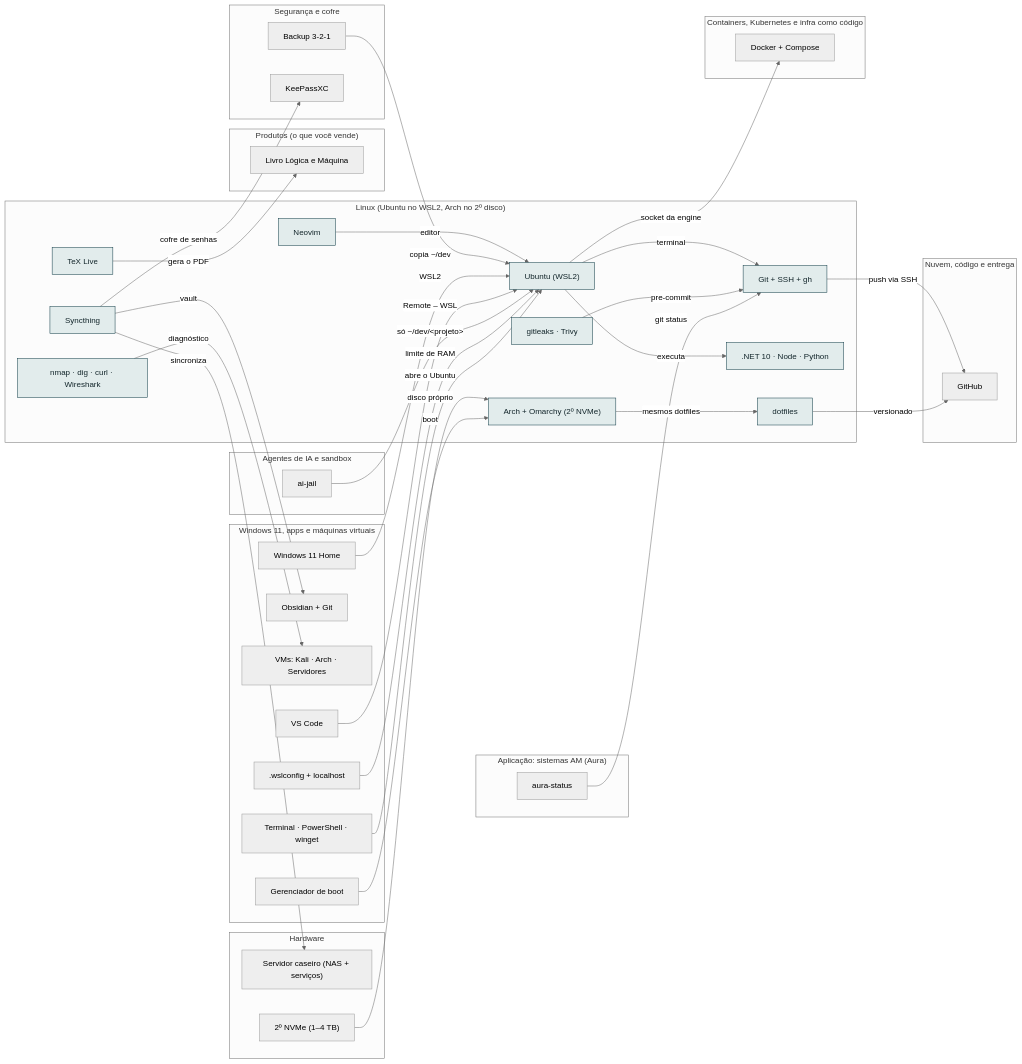
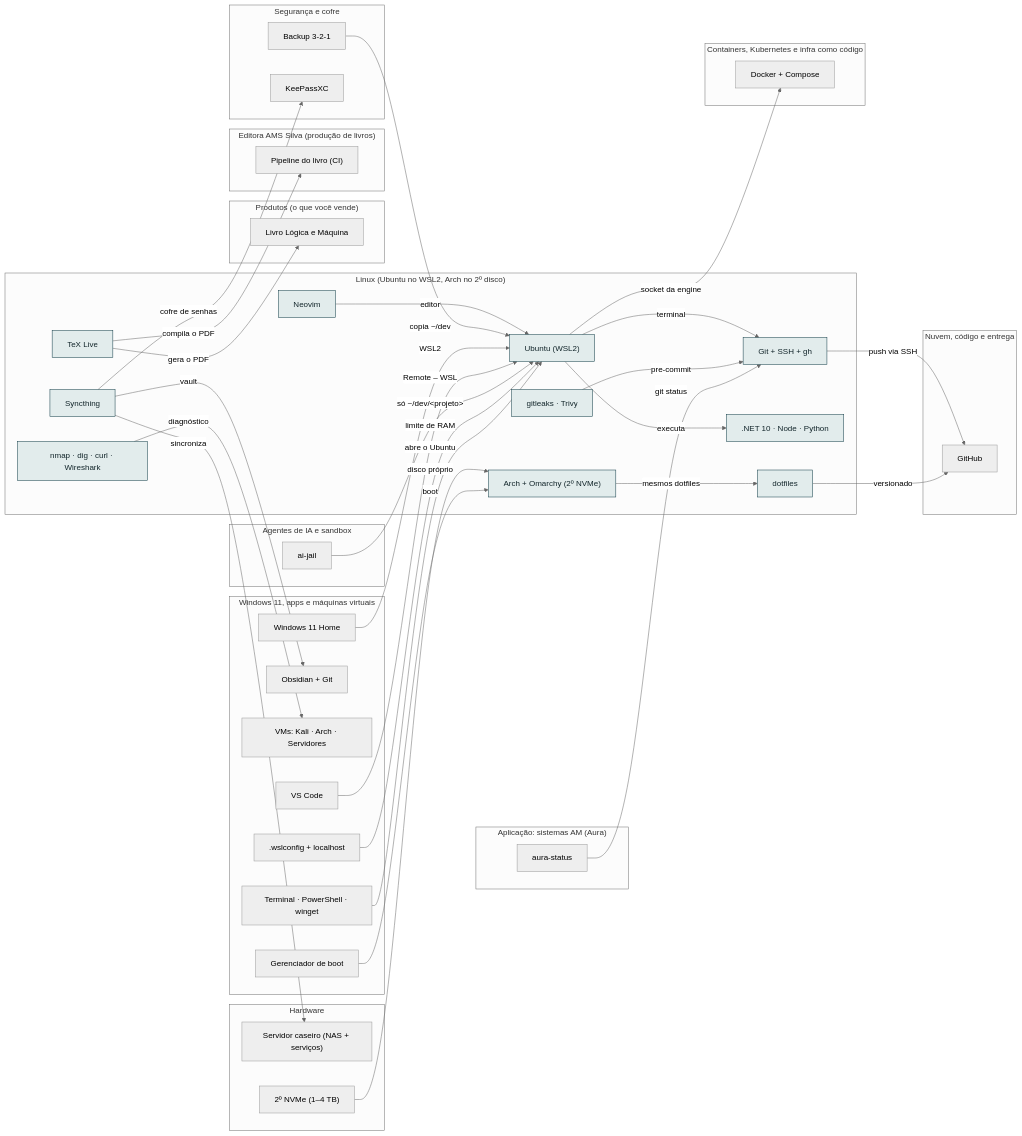
Before and after one commit to AlanMateus17/dev-setup: the diagram in docs/camadas/04-lin.md, drawn with Mermaid (neutral theme). The commit also changed other lines of this file and 39 other files, not shown here.

First line of the commit message:
feat: Editora AMS Silva dentro do setup

````diff
--- a/docs/camadas/04-lin.md
+++ b/docs/camadas/04-lin.md
@@ -14,71 +14,75 @@
 ```mermaid
 flowchart LR
   subgraph L_lin["Linux (Ubuntu no WSL2, Arch no 2º disco)"]
     n_nvim["Neovim"]
     n_netw["nmap · dig · curl · Wireshark"]
     n_wsl["Ubuntu (WSL2)"]
     n_git["Git + SSH + gh"]
     n_rt[".NET 10 · Node · Python"]
     n_tex["TeX Live"]
     n_sec["gitleaks · Trivy"]
     n_dot["dotfiles"]
     n_arch["Arch + Omarchy (2º NVMe)"]
     n_syncth["Syncthing"]
   end
   subgraph L_prod["Produtos (o que você vende)"]
     n_livro["Livro Lógica e Máquina"]
+  end
+  subgraph L_editora["Editora AMS Silva (produção de livros)"]
+    n_bci["Pipeline do livro (CI)"]
   end
   subgraph L_nuvem["Nuvem, código e entrega"]
     n_gh["GitHub"]
   end
   subgraph L_app["Aplicação: sistemas AM (Aura)"]
     n_status["aura-status"]
   end
   subgraph L_cnt["Containers, Kubernetes e infra como código"]
     n_docker["Docker + Compose"]
   end
   subgraph L_ia["Agentes de IA e sandbox"]
     n_jail["ai-jail"]
   end
   subgraph L_win["Windows 11, apps e máquinas virtuais"]
     n_boot["Gerenciador de boot"]
     n_obsd["Obsidian + Git"]
     n_vms["VMs: Kali · Arch · Servidores"]
     n_vsc["VS Code"]
     n_w11["Windows 11 Home"]
     n_wslcfg[".wslconfig + localhost"]
     n_wterm["Terminal · PowerShell · winget"]
   end
   subgraph L_seg["Segurança e cofre"]
     n_bkp["Backup 3-2-1"]
     n_kee["KeePassXC"]
   end
   subgraph L_hw["Hardware"]
     n_nas["Servidor caseiro (NAS + serviços)"]
     n_nvme["2º NVMe (1–4 TB)"]
   end
   n_nvim -->|"editor"| n_wsl
   n_netw -->|"diagnóstico"| n_vms
   n_wsl -->|"terminal"| n_git
   n_wsl -->|"executa"| n_rt
   n_wsl -->|"socket da engine"| n_docker
   n_bkp -->|"copia ~/dev"| n_wsl
   n_w11 -->|"WSL2"| n_wsl
   n_vsc -->|"Remote – WSL"| n_wsl
   n_jail -->|"só ~/dev/#lt;projeto#gt;"| n_wsl
   n_wslcfg -->|"limite de RAM"| n_wsl
   n_wterm -->|"abre o Ubuntu"| n_wsl
   n_git -->|"push via SSH"| n_gh
   n_sec -->|"pre-commit"| n_git
   n_status -->|"git status"| n_git
   n_tex -->|"gera o PDF"| n_livro
+  n_tex -->|"compila o PDF"| n_bci
   n_dot -->|"versionado"| n_gh
   n_arch -->|"mesmos dotfiles"| n_dot
   n_nvme -->|"disco próprio"| n_arch
   n_boot -->|"boot"| n_arch
   n_syncth -->|"sincroniza"| n_nas
   n_syncth -->|"vault"| n_obsd
   n_syncth -->|"cofre de senhas"| n_kee
   classDef desta fill:#e2ecec,stroke:#0e3a45,color:#13262b
   class n_nvim,n_netw,n_wsl,n_git,n_rt,n_tex,n_sec,n_dot,n_arch,n_syncth desta
 ```
````
